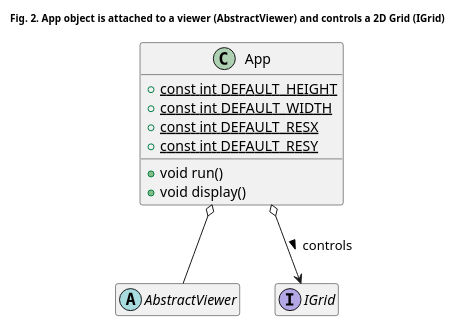
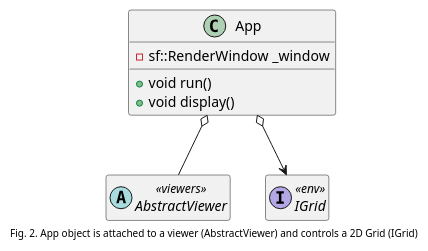
The second of 4 diagrams in _posts/modsim/2020-09-29-sfml-2d-grid.md (kanmeugne/kanmeugne.github.io), drawn with PlantUML before and after one commit. The commit also changed other lines of this file, not shown here.

```diff
--- a/_posts/modsim/2020-09-29-sfml-2d-grid.md
+++ b/_posts/modsim/2020-09-29-sfml-2d-grid.md
@@ -109,20 +95,22 @@
 {% plantuml %}
 @startuml
-title: <size:10>Fig. 2. App object is attached to a viewer (AbstractViewer) and controls a 2D Grid (IGrid)</size>
+caption: <size:10>Fig. 2. App object is attached to a viewer (AbstractViewer) and controls a 2D Grid (IGrid)</size>
+
 class App {
-    + {static} const int DEFAULT_HEIGHT
-    + {static} const int DEFAULT_WIDTH
-    + {static} const int DEFAULT_RESX
-    + {static} const int DEFAULT_RESY
+    - sf::RenderWindow _window
     + void run()
     + void display()
 }
-abstract class AbstractViewer
-interface IGrid
+
+abstract class AbstractViewer <<viewers>>
+
+interface IGrid <<env>>
+
+App o--> IGrid
 App o-- AbstractViewer
-App o--> IGrid : controls >
+
 hide IGrid members
 hide AbstractViewer members
 
 @enduml
 {% endplantuml %}
```
